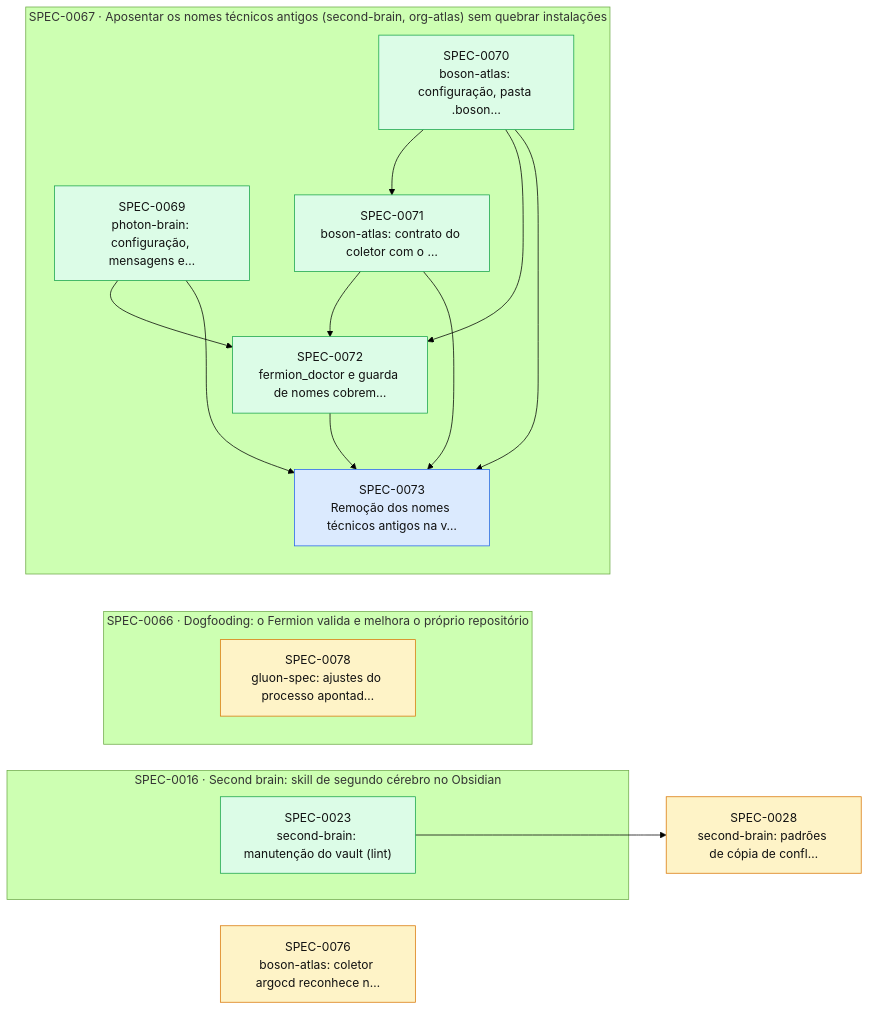
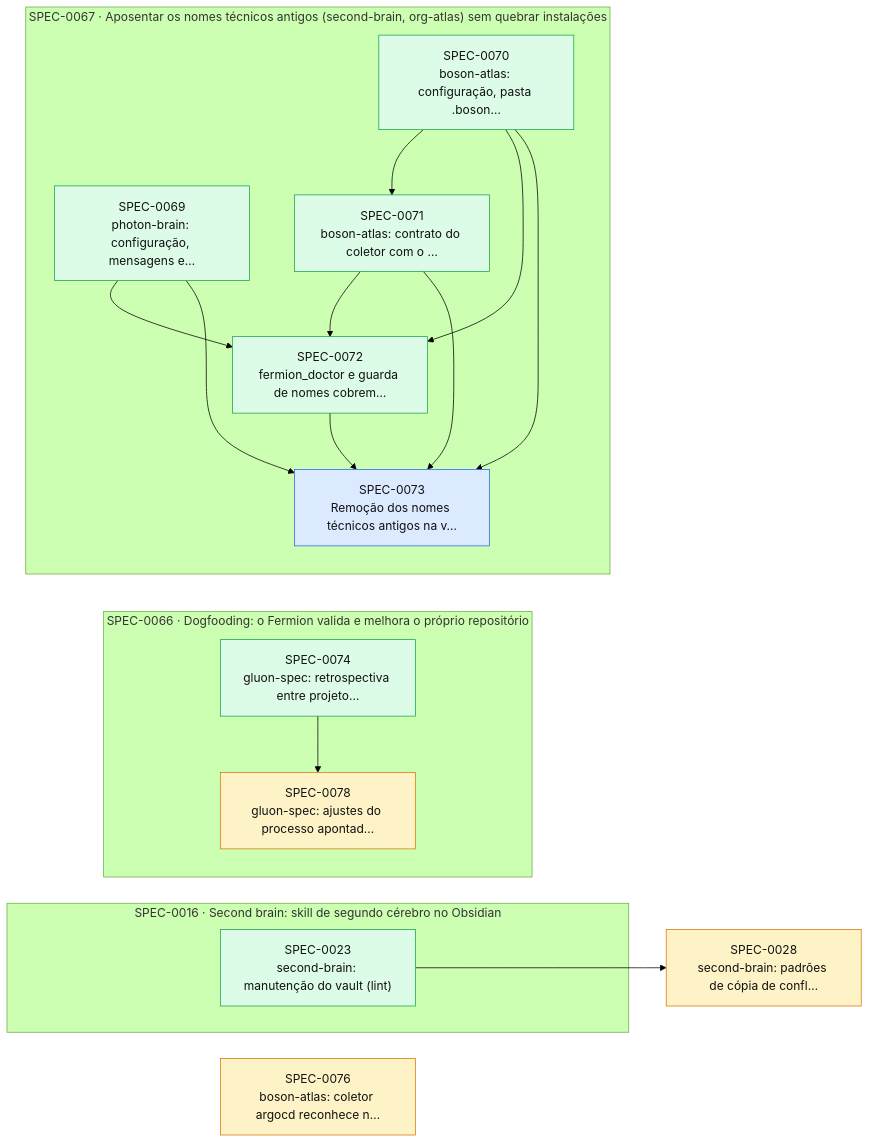
The diagram in docs/specs/INDEX.md (thomasravache/ai-dev-brain), drawn with Mermaid (forest theme) before and after one commit. The commit also changed other lines of this file and 2 other files, not shown here.

First line of the commit message:
docs(specs): SPEC-0078 detalhada

````diff
--- a/docs/specs/INDEX.md
+++ b/docs/specs/INDEX.md
@@ -62,32 +62,34 @@
 ```mermaid
 flowchart LR
   S0028["SPEC-0028<br/>second-brain: padrões de cópia de confl…"]:::proposed
   S0076["SPEC-0076<br/>boson-atlas: coletor argocd reconhece n…"]:::proposed
   subgraph E0016["SPEC-0016 · Second brain: skill de segundo cérebro no Obsidian"]
     S0023["SPEC-0023<br/>second-brain: manutenção do vault (lint)"]:::implemented
   end
   subgraph E0066["SPEC-0066 · Dogfooding: o Fermion valida e melhora o próprio repositório"]
+    S0074["SPEC-0074<br/>gluon-spec: retrospectiva entre projeto…"]:::implemented
     S0078["SPEC-0078<br/>gluon-spec: ajustes do processo apontad…"]:::proposed
   end
   subgraph E0067["SPEC-0067 · Aposentar os nomes técnicos antigos (second-brain, org-atlas) sem quebrar instalações"]
     S0069["SPEC-0069<br/>photon-brain: configuração, mensagens e…"]:::implemented
     S0070["SPEC-0070<br/>boson-atlas: configuração, pasta .boson…"]:::implemented
     S0071["SPEC-0071<br/>boson-atlas: contrato do coletor com o …"]:::implemented
     S0072["SPEC-0072<br/>fermion_doctor e guarda de nomes cobrem…"]:::implemented
     S0073["SPEC-0073<br/>Remoção dos nomes técnicos antigos na v…"]:::approved
   end
   S0023 --> S0028
   S0070 --> S0071
   S0069 --> S0072
   S0070 --> S0072
   S0071 --> S0072
   S0069 --> S0073
   S0070 --> S0073
   S0071 --> S0073
   S0072 --> S0073
+  S0074 --> S0078
   classDef proposed fill:#fef3c7,stroke:#d97706,color:#111
   classDef approved fill:#dbeafe,stroke:#2563eb,color:#111
   classDef inprogress fill:#ede9fe,stroke:#7c3aed,color:#111
   classDef implemented fill:#dcfce7,stroke:#16a34a,color:#111
   classDef deprecated fill:#f3f4f6,stroke:#9ca3af,color:#6b7280
 ```
````
